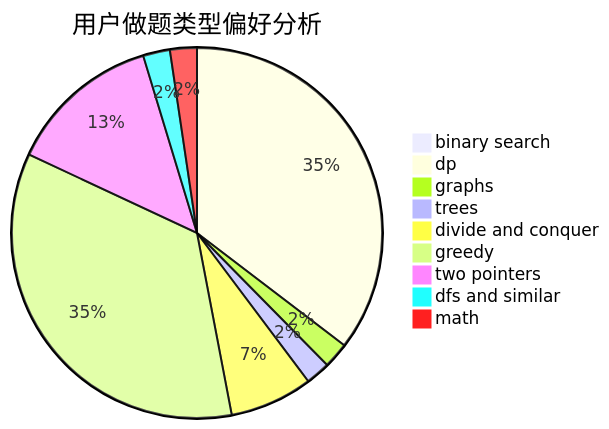
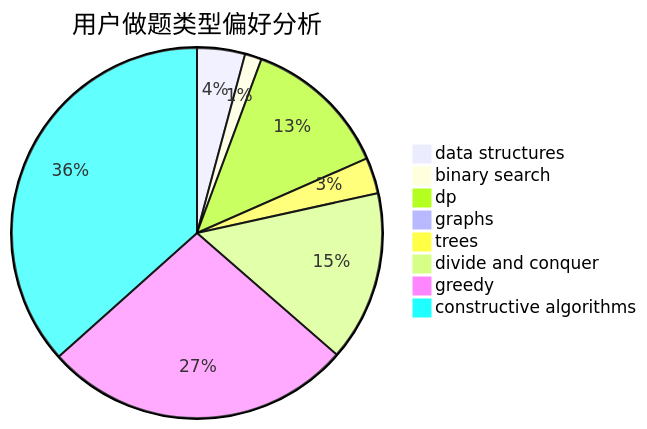
One commit to sherpahu/cfrs.github.io changed the second of 3 diagrams in docs/user/u2120.md. Above: the diagram before and after it, drawn with Mermaid. The commit also changed other lines of this file and 2775 other files, not shown here.

````diff
--- a/docs/user/u2120.md
+++ b/docs/user/u2120.md
@@ -23,12 +23,11 @@
 ```mermaid
 pie title 用户做题类型偏好分析
+    "data structures" :  20
     "binary search" :  7
-    "dp" :  347
-    "graphs" :  22
-    "trees" :  21
+    "dp" :  61
+    "graphs" :  3
+    "trees" :  15
     "divide and conquer" :  71
-    "greedy" :  343
-    "two pointers" :  131
-    "dfs and similar" :  23
-    "math" :  23
+    "greedy" :  129
+    "constructive algorithms" :  175
 ```
````
